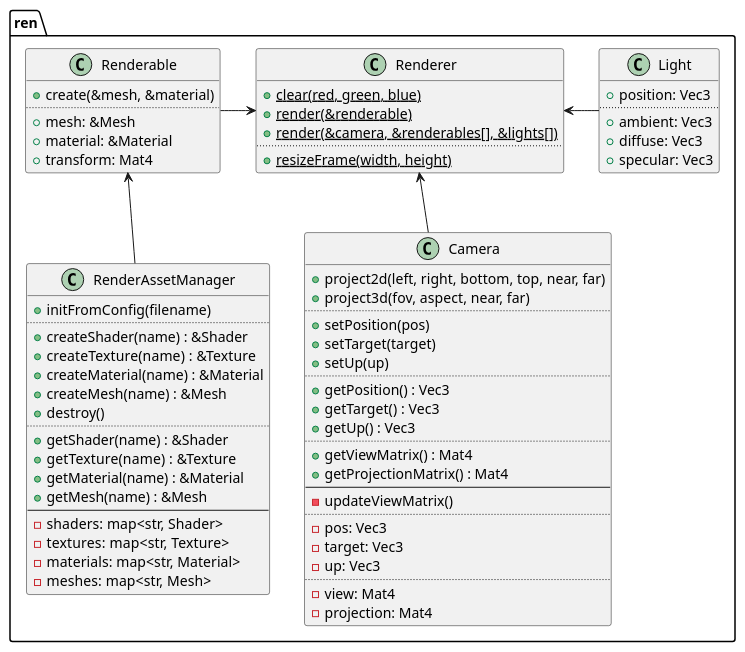
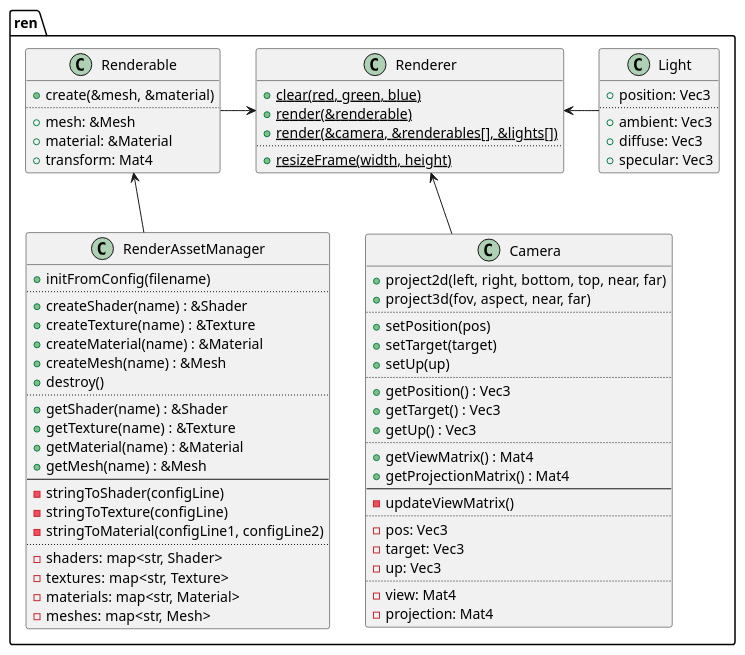
One commit to ba6er/marblemaze changed the diagram in design/uml/renderer.puml. Above: the diagram before and after it, drawn with PlantUML. The commit also changed 8 other files, not shown here.

Commit message:
Updated RenderAssetManager::initFromConfig to accommodate material uniforms, added some common materials to assets.txt

```diff
--- a/design/uml/renderer.puml
+++ b/design/uml/renderer.puml
@@ -1,81 +1,85 @@
 @startuml
 set separator ::
 
 class ren::RenderAssetManager {
 	+initFromConfig(filename)
 	..
 	+createShader(name) : &Shader
 	+createTexture(name) : &Texture
 	+createMaterial(name) : &Material
 	+createMesh(name) : &Mesh
 	+destroy()
 	..
 	+getShader(name) : &Shader
 	+getTexture(name) : &Texture
 	+getMaterial(name) : &Material
 	+getMesh(name) : &Mesh
 	--
+	-stringToShader(configLine)
+	-stringToTexture(configLine)
+	-stringToMaterial(configLine1, configLine2)
+	..
 	-shaders: map<str, Shader>
 	-textures: map<str, Texture>
 	-materials: map<str, Material>
 	-meshes: map<str, Mesh>
 }
 
 class ren::Renderable {
 	+create(&mesh, &material)
 	..
 	+mesh: &Mesh
 	+material: &Material
 	+transform: Mat4
 }
 
 class ren::Camera {
 	+project2d(left, right, bottom, top, near, far)
 	+project3d(fov, aspect, near, far)
 	..
 	+setPosition(pos)
 	+setTarget(target)
 	+setUp(up)
 	..
 	+getPosition() : Vec3
 	+getTarget() : Vec3
 	+getUp() : Vec3
 	..
 	+getViewMatrix() : Mat4
 	+getProjectionMatrix() : Mat4
 	--
 	-updateViewMatrix()
 	..
 	-pos: Vec3
 	-target: Vec3
 	-up: Vec3
 	..
 	-view: Mat4
 	-projection: Mat4
 }
 
 class ren::Light {
 	+position: Vec3
 	..
 	+ambient: Vec3
 	+diffuse: Vec3
 	+specular: Vec3
 }
 hide Light methods
 
 class ren::Renderer {
 	{static} +clear(red, green, blue)
 	{static} +render(&renderable)
 	{static} +render(&camera, &renderables[], &lights[])
 	..
 	{static} +resizeFrame(width, height)
 }
 hide Renderer fields
 
 Renderable <-down- RenderAssetManager
 
 Renderer <-down- Camera
 Renderer <-left- Renderable
 Renderer <-right- Light
 
 @enduml
```
